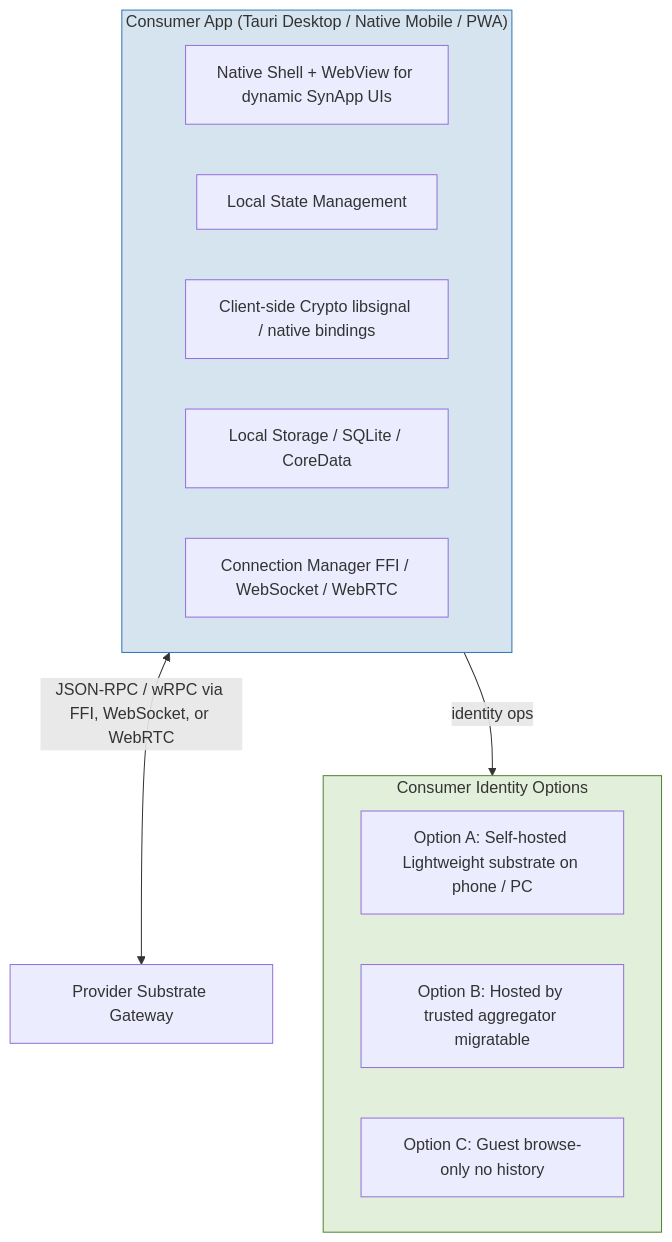
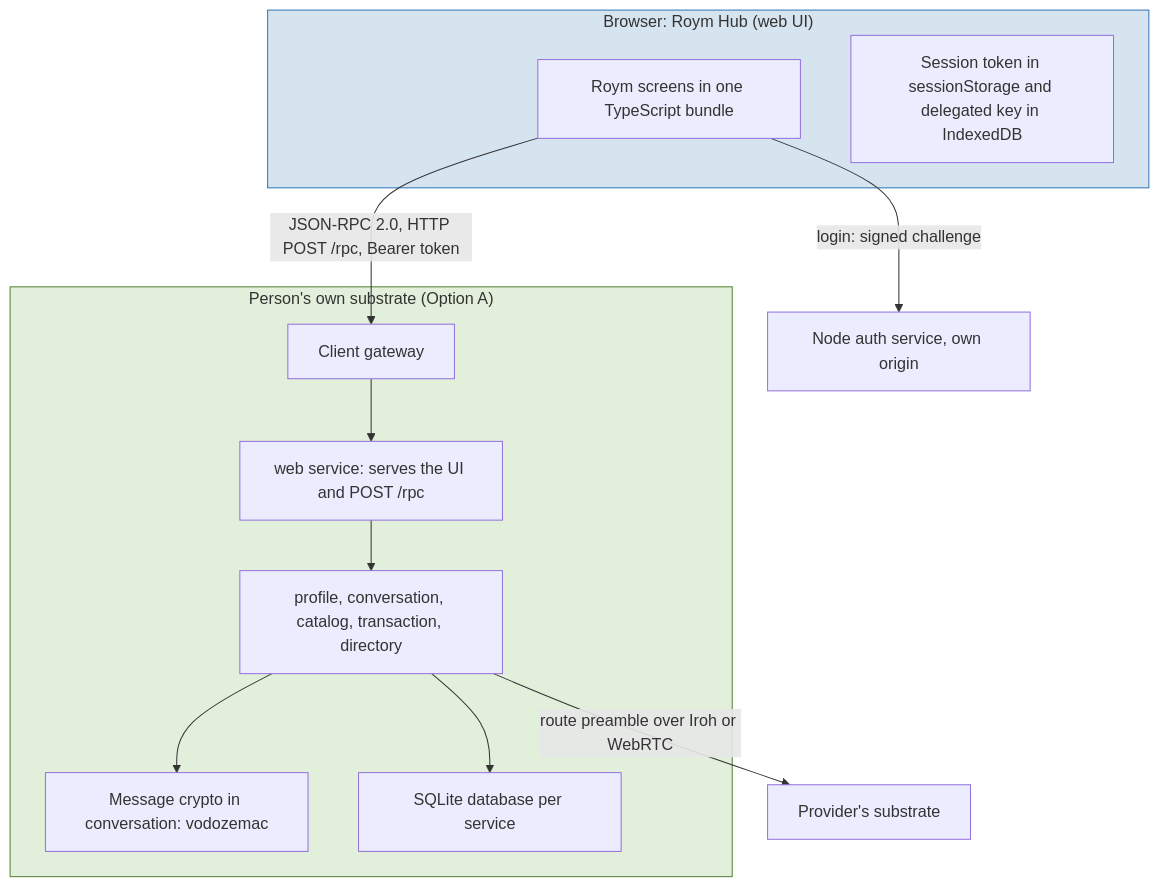
One commit to syneroym/syneroym changed diagram 19 of 22 in docs/system-architecture.md. Above: the diagram before and after it, drawn with Mermaid. The commit also changed other lines of this file and 1 other file, not shown here.

First line of the commit message:
docs(architecture): fix Federation and Consumer sections

````diff
--- a/docs/system-architecture.md
+++ b/docs/system-architecture.md
@@ -974,22 +991,28 @@
 ```mermaid
 flowchart TD
-    subgraph CLIENT["Consumer App (Tauri Desktop / Native Mobile / PWA)"]
-        UI[Native Shell + WebView for dynamic SynApp UIs]
-        STATE[Local State Management]
-        CRYPTO_CLIENT[Client-side Crypto libsignal / native bindings]
-        STORAGE_CLIENT[Local Storage / SQLite / CoreData]
-        CONN[Connection Manager FFI / WebSocket / WebRTC]
+    subgraph BROWSER["Browser: Roym Hub (web UI)"]
+        UI[Roym screens in one TypeScript bundle]
+        SESSION[Session token in sessionStorage and delegated key in IndexedDB]
     end
 
-    subgraph IDENTITY_OPT["Consumer Identity Options"]
-        OPT_A[Option A: Self-hosted Lightweight substrate on phone / PC]
-        OPT_B[Option B: Hosted by trusted aggregator migratable]
-        OPT_C[Option C: Guest browse-only no history]
+    subgraph OWN_NODE["Person's own substrate (Option A)"]
+        GW[Client gateway]
+        WEB[web service: serves the UI and POST /rpc]
+        SERVICES[profile, conversation, catalog, transaction, directory]
+        CRYPTO[Message crypto in conversation: vodozemac]
+        DATA[SQLite database per service]
     end
 
-    CLIENT <-->|"JSON-RPC / wRPC via FFI, WebSocket, or WebRTC"| PROVIDER_GW[Provider Substrate Gateway]
-    CLIENT -->|"identity ops"| IDENTITY_OPT
+    AUTH[Node auth service, own origin]
+    PROVIDER_NODE[Provider's substrate]
 
-    style CLIENT fill:#D6E4F0,stroke:#2E75B6
-    style IDENTITY_OPT fill:#E2EFDA,stroke:#548235
+    UI -->|"JSON-RPC 2.0, HTTP POST /rpc, Bearer token"| GW
+    UI -->|"login: signed challenge"| AUTH
+    GW --> WEB --> SERVICES
+    SERVICES --> CRYPTO
+    SERVICES --> DATA
+    SERVICES -->|"route preamble over Iroh or WebRTC"| PROVIDER_NODE
+
+    style BROWSER fill:#D6E4F0,stroke:#2E75B6
+    style OWN_NODE fill:#E2EFDA,stroke:#548235
 ```
````
